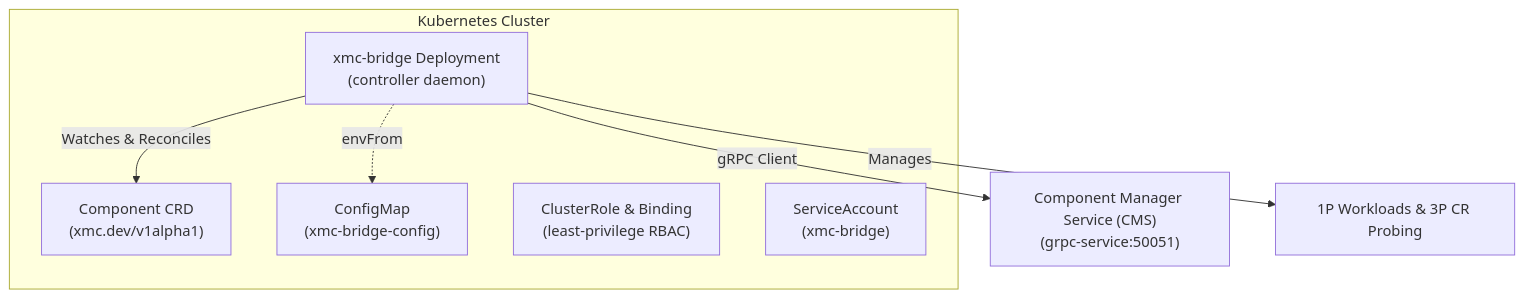
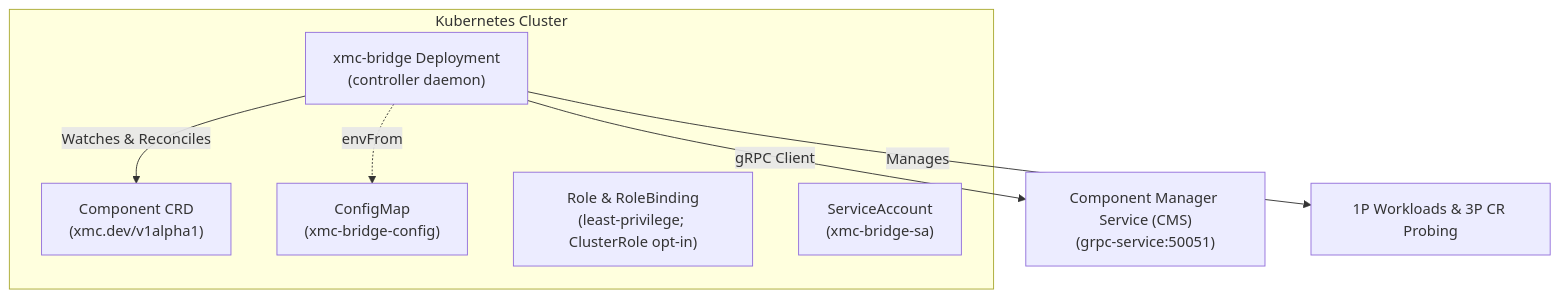
The diagram in cmd/xmc_bridge/README.md (google/xmc), drawn with Mermaid before and after one commit. The commit also changed other lines of this file and 2 other files, not shown here.

Commit message:
test(components): table-drive bridge RBAC checks and cover clusterScope render
Expert-panel follow-ups: table-driven impersonated permission checks,
a clusterScope=true render test (ClusterRole/Binding, namespaced leader
election), drop the dead clusterScope parameter, and align README and
values.yaml docs with the namespaced Role default, the xmc-bridge-sa
name, the cluster-identity ClusterRole, and cross-namespace wrapperRef.

Bug: 548436300
TAG=agy
CONV=d833b0e6-4821-48f6-8576-776d53f55a5c

````diff
--- a/cmd/xmc_bridge/README.md
+++ b/cmd/xmc_bridge/README.md
@@ -9,15 +9,15 @@
 ```mermaid
 graph TD
     subgraph Kubernetes["Kubernetes Cluster"]
         CRD["Component CRD<br>(xmc.dev/v1alpha1)"]
         Deploy["xmc-bridge Deployment<br>(controller daemon)"]
         CM["ConfigMap<br>(xmc-bridge-config)"]
-        RBAC["ClusterRole & Binding<br>(least-privilege RBAC)"]
-        SA["ServiceAccount<br>(xmc-bridge)"]
+        RBAC["Role & RoleBinding<br>(least-privilege; ClusterRole opt-in)"]
+        SA["ServiceAccount<br>(xmc-bridge-sa)"]
     end
 
     Deploy -.->|"envFrom"| CM
     Deploy -->|"Watches & Reconciles"| CRD
     Deploy -->|"gRPC Client"| CMS["Component Manager Service (CMS)<br>(grpc-service:50051)"]
     Deploy -->|"Manages"| Workloads["1P Workloads & 3P CR Probing"]
 ```
````
